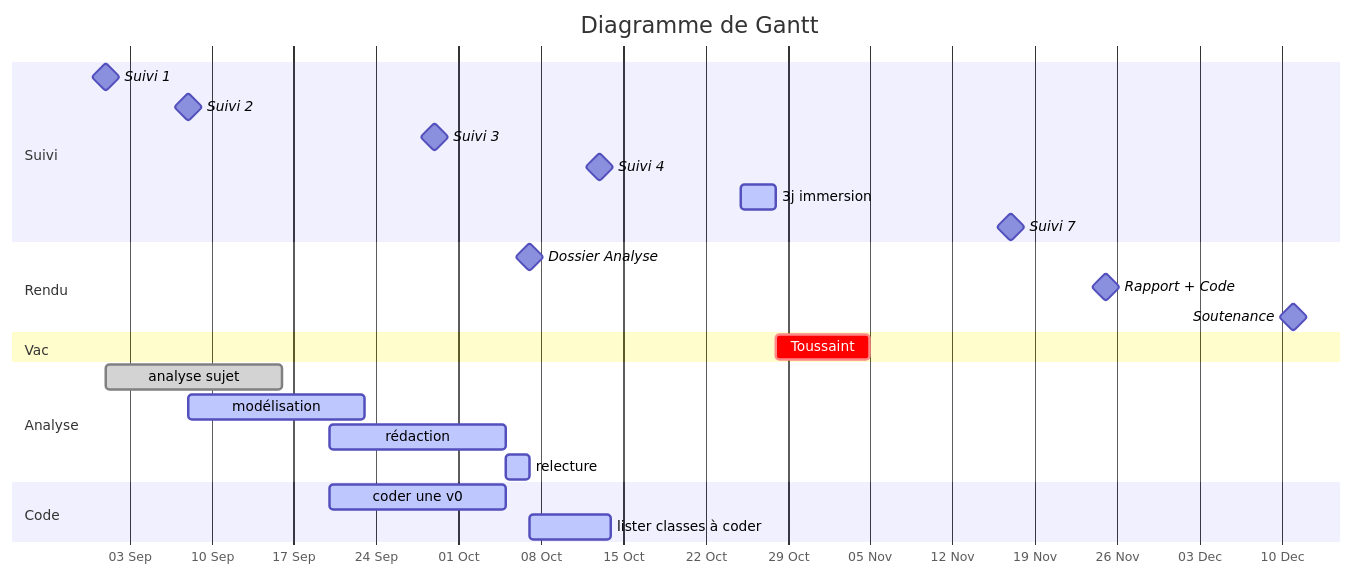
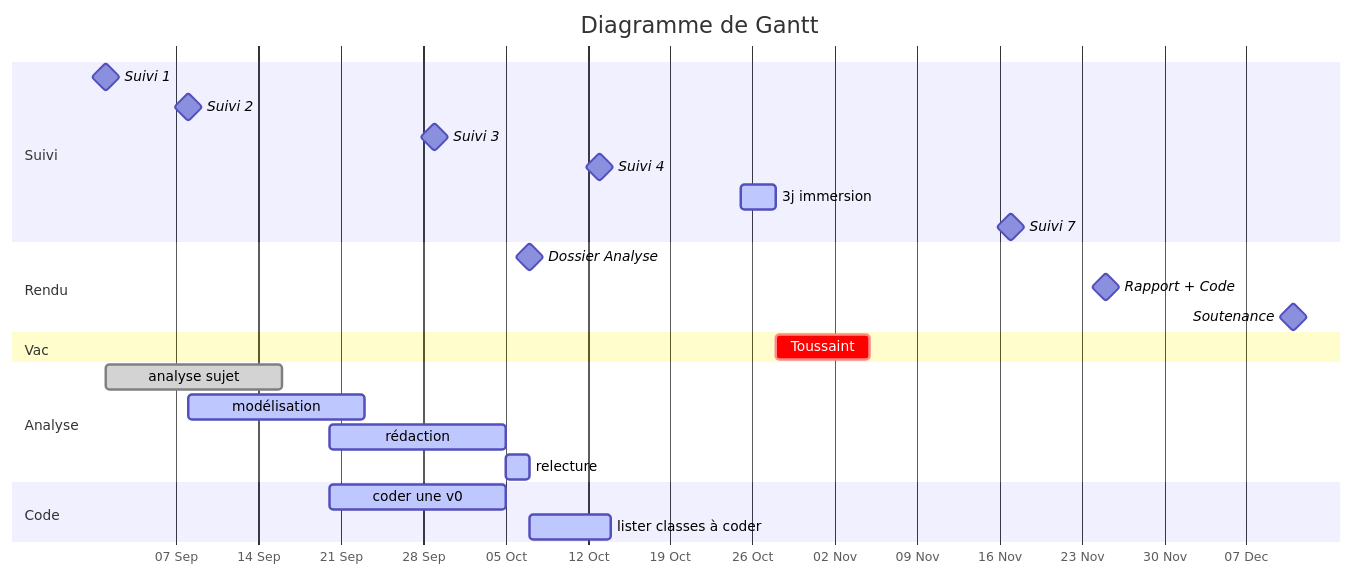
The second of 2 diagrams in doc/diag_gantt.md (bbrunel/ENSAI-2A-projet-info), drawn with Mermaid before and after one commit. The commit also changed other lines of this file and 13 other files, not shown here.

Commit message:
Modif Gantt

````diff
--- a/doc/diag_gantt.md
+++ b/doc/diag_gantt.md
@@ -42,37 +41,37 @@
 ```mermaid
 gantt
     %% doc : https://mermaid-js.github.io/mermaid/#/./gantt
     dateFormat  YYYY-MM-DD
     axisFormat  %d %b
     title       Diagramme de Gantt
     %%excludes  YYYY-MM-DD and/or sunday and/or weekends 
      
     section Suivi
-    Suivi 1               :milestone, 2023-09-01,
-    Suivi 2               :milestone, 2023-09-08,
-    Suivi 3               :milestone, 2023-09-29,
-    Suivi 4               :milestone, 2023-10-13,
-    3j immersion                 :active,    2023-10-25, 3d
-    Suivi 7                      :milestone, 2023-11-17,
+    Suivi 1               :milestone, 2025-09-01,
+    Suivi 2               :milestone, 2025-09-08,
+    Suivi 3               :milestone, 2025-09-29,
+    Suivi 4               :milestone, 2025-10-13,
+    3j immersion                 :active,    2025-10-25, 3d
+    Suivi 7                      :milestone, 2025-11-17,
     
     section Rendu
-    Dossier Analyse              :milestone, 2023-10-07,
-    Rapport + Code               :milestone, 2023-11-25,
-    Soutenance                   :milestone, 2023-12-11,
+    Dossier Analyse              :milestone, 2025-10-07,
+    Rapport + Code               :milestone, 2025-11-25,
+    Soutenance                   :milestone, 2025-12-11,
     
     section Vac
-    Toussaint                    :crit,    2023-10-28, 2023-11-05
+    Toussaint                    :crit,    2025-10-28, 2025-11-05
     
     section Analyse
-    analyse sujet                :done,      2023-09-01, 15d
-    modélisation                 :active,    2023-09-08, 15d
-    rédaction                    :active,    2023-09-20, 2023-10-05
-    relecture                    :active,    2023-10-05, 2023-10-07
+    analyse sujet                :done,      2025-09-01, 15d
+    modélisation                 :active,    2025-09-08, 15d
+    rédaction                    :active,    2025-09-20, 2025-10-05
+    relecture                    :active,    2025-10-05, 2025-10-07
     
     section Code
-    coder une v0                 :active,    2023-09-20, 15d
-    lister classes à coder       :active,    2023-10-07, 7d
+    coder une v0                 :active,    2025-09-20, 15d
+    lister classes à coder       :active,    2025-10-07, 7d
     
 
     %%Stats univariées retraités   :done,         2021-11-28, 3d
 ```
````
